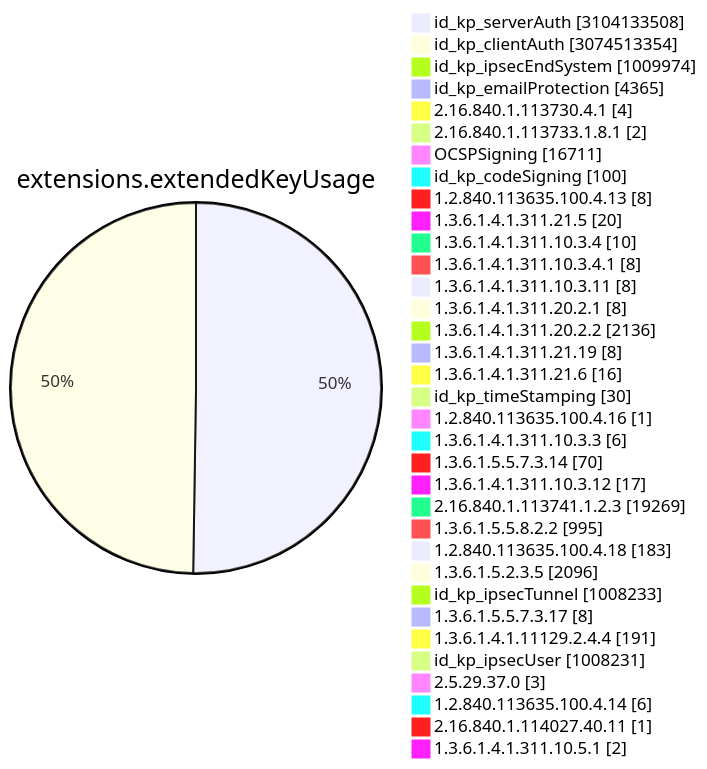
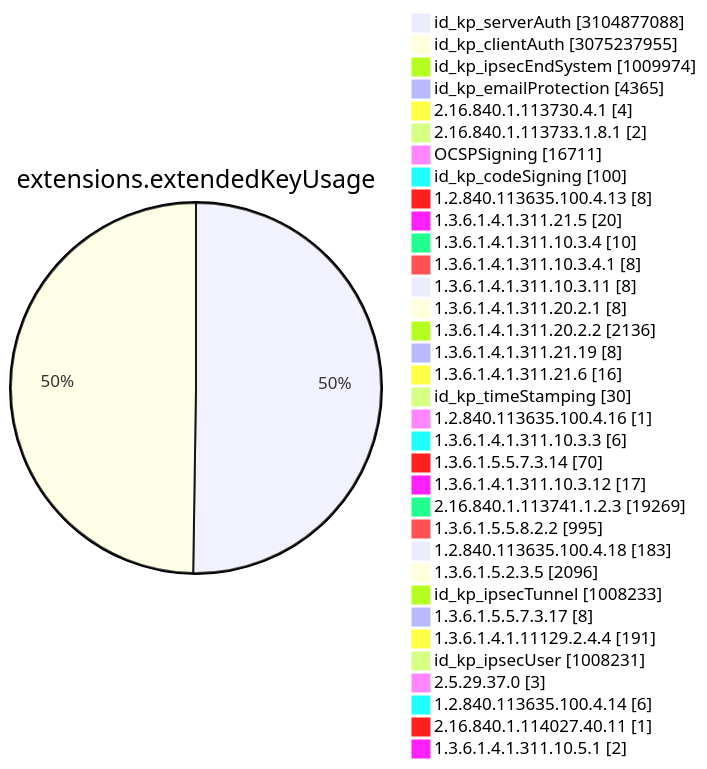
One commit to christiankrug/ctmonitor_visualization changed diagram 11 of 15 in TOTAL/README.md. Above: the diagram before and after it, drawn with Mermaid. The commit also changed other lines of this file, not shown here.

````diff
--- a/TOTAL/README.md
+++ b/TOTAL/README.md
@@ -4117,38 +4117,38 @@
 ```mermaid
 pie showData
 title extensions.extendedKeyUsage
-"id_kp_serverAuth" :3104133508
-"id_kp_clientAuth" :3074513354
+"id_kp_serverAuth" :3104877088
+"id_kp_clientAuth" :3075237955
 "id_kp_ipsecEndSystem" :1009974
 "id_kp_emailProtection" :4365
 "2.16.840.1.113730.4.1" :4
 "2.16.840.1.113733.1.8.1" :2
 "OCSPSigning" :16711
 "id_kp_codeSigning" :100
 "1.2.840.113635.100.4.13" :8
 "1.3.6.1.4.1.311.21.5" :20
 "1.3.6.1.4.1.311.10.3.4" :10
 "1.3.6.1.4.1.311.10.3.4.1" :8
 "1.3.6.1.4.1.311.10.3.11" :8
 "1.3.6.1.4.1.311.20.2.1" :8
 "1.3.6.1.4.1.311.20.2.2" :2136
 "1.3.6.1.4.1.311.21.19" :8
 "1.3.6.1.4.1.311.21.6" :16
 "id_kp_timeStamping" :30
 "1.2.840.113635.100.4.16" :1
 "1.3.6.1.4.1.311.10.3.3" :6
 "1.3.6.1.5.5.7.3.14" :70
 "1.3.6.1.4.1.311.10.3.12" :17
 "2.16.840.1.113741.1.2.3" :19269
 "1.3.6.1.5.5.8.2.2" :995
 "1.2.840.113635.100.4.18" :183
 "1.3.6.1.5.2.3.5" :2096
 "id_kp_ipsecTunnel" :1008233
 "1.3.6.1.5.5.7.3.17" :8
 "1.3.6.1.4.1.11129.2.4.4" :191
 "id_kp_ipsecUser" :1008231
 "2.5.29.37.0" :3
 "1.2.840.113635.100.4.14" :6
 "2.16.840.1.114027.40.11" :1
 "1.3.6.1.4.1.311.10.5.1" :2
 ```
````
